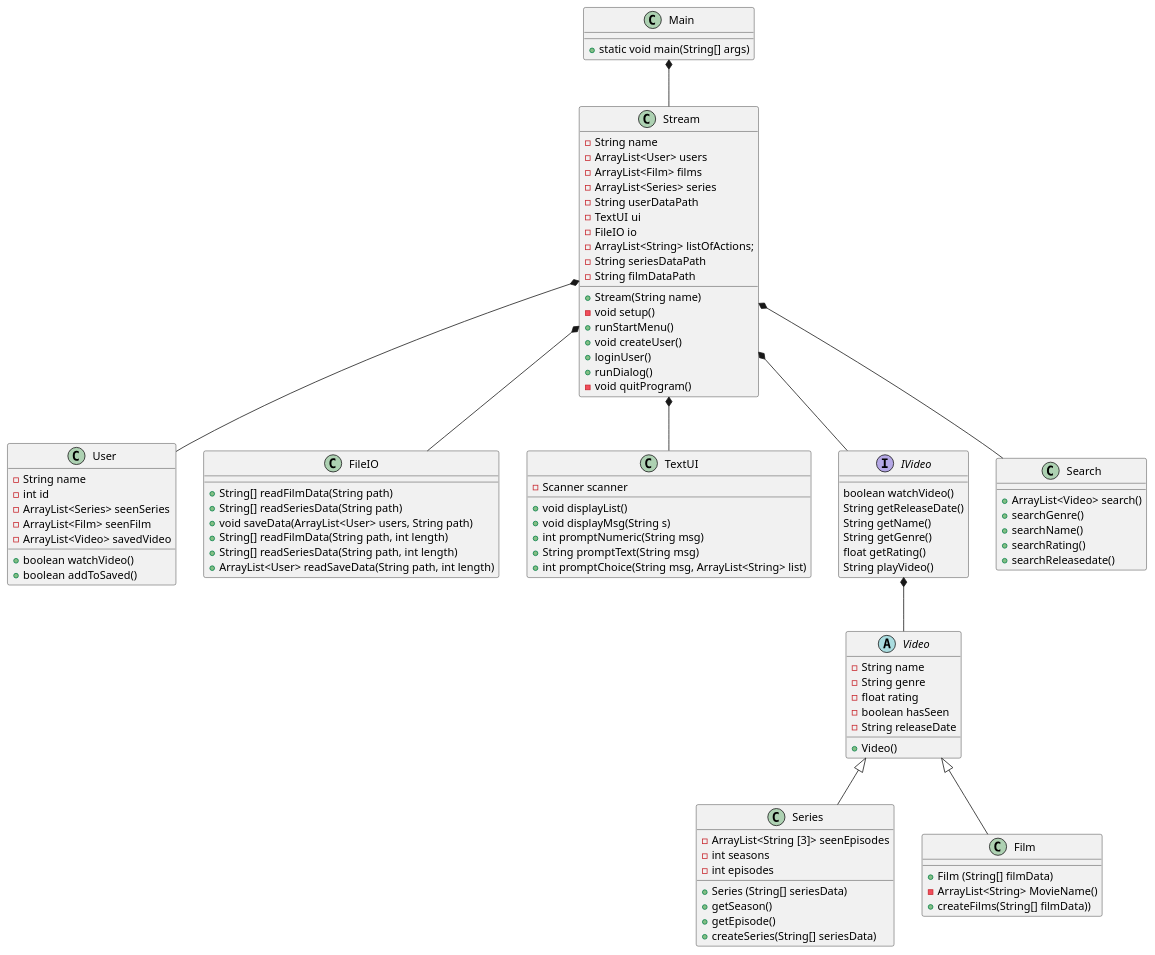
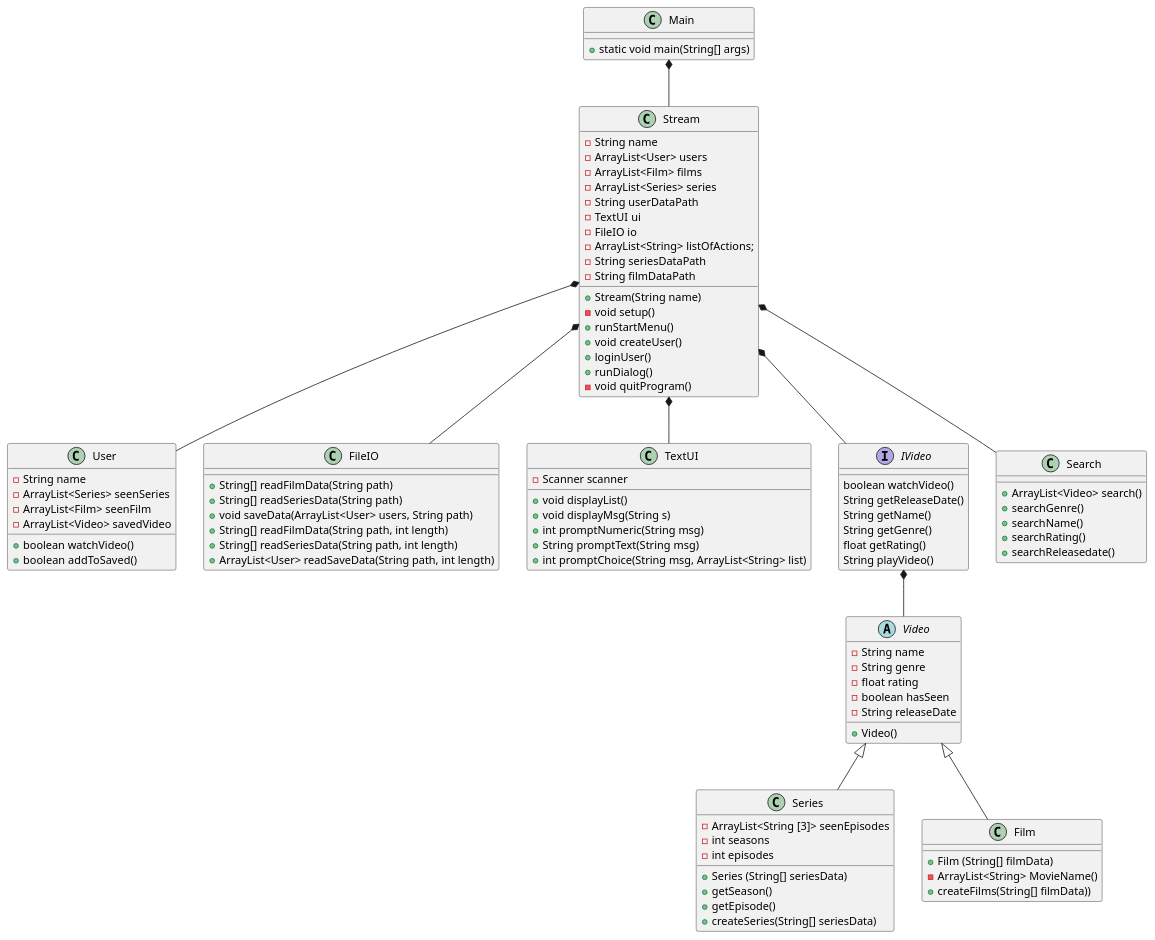
The diagram in doc/Plan/static/classdiagram.puml (Gervig/SP3-Gruppe-C), drawn with PlantUML before and after one commit. The commit also changed 6 other files, not shown here.

```diff
--- a/doc/Plan/static/classdiagram.puml
+++ b/doc/Plan/static/classdiagram.puml
@@ -1,127 +1,126 @@
 @startuml
 'https://plantuml.com/class-diagram
 
 class Main{
 + static void main(String[] args)
 }
 
 class Stream{
 - String name
 'utilities
 - ArrayList<User> users
 - ArrayList<Film> films
 - ArrayList<Series> series
 - String userDataPath
 - TextUI ui
 - FileIO io
 - ArrayList<String> listOfActions;
 - String seriesDataPath
 - String filmDataPath
 'constructor
 + Stream(String name)
 'methods
 - void setup()
 ' setup er til er at læse data
 + runStartMenu()
 + void createUser()
 ' skal createUser være void? Det er den i matador
 ' createUser skal vel checke om der er andre med det brugernavn
 + loginUser()
 ' skal loginUser være void?
 ' den skal vel checke om der er en user med det username og tjekke om loginnet er korrekt
 + runDialog()
 ' i runDialog kan man vælge at søge
 - void quitProgram()
 }
 
 
 class User{
 - String name
-- int id
 - ArrayList<Series> seenSeries
 - ArrayList<Film> seenFilm
 - ArrayList<Video> savedVideo
 + boolean watchVideo()
 + boolean addToSaved()
 }
 
 class FileIO{
 + String[] readFilmData(String path)
 + String[] readSeriesData(String path)
 + void saveData(ArrayList<User> users, String path)
 + String[] readFilmData(String path, int length)
 + String[] readSeriesData(String path, int length)
 + ArrayList<User> readSaveData(String path, int length)
 }
 
 class TextUI{
 - Scanner scanner
 + void displayList()
 + void displayMsg(String s)
 + int promptNumeric(String msg)
 + String promptText(String msg)
 + int promptChoice(String msg, ArrayList<String> list)
 }
 
 interface IVideo {
 boolean watchVideo()
 String getReleaseDate()
 String getName()
 String getGenre()
 float getRating()
 String playVideo()
 }
 
 abstract Class Video{
 - String name
 - String genre
 - float rating
 - boolean hasSeen
 - String releaseDate
 'constructor
 + Video()
 }
 
 class Series{
 - ArrayList<String [3]> seenEpisodes
 - int seasons
 - int episodes
 + Series (String[] seriesData)
 + getSeason()
 + getEpisode()
 + createSeries(String[] seriesData)
 }
 
 class Film {
 'constructor
 + Film (String[] filmData)
 - ArrayList<String> MovieName()
 + createFilms(String[] filmData))
 }
 
 
 class Search{
 + ArrayList<Video> search()
 'methods til de forskellige søgemuligheder
 ' Skal disse returnere objekterne fra video?
 + searchGenre()
 + searchName()
 + searchRating()
 + searchReleasedate()
 'skal vi have funktioner der kun søger blandt serier og film adskilt?
 }
 
 IVideo *-- Video
 
 Video <|-- Series
 Video <|-- Film
 
 Main *-- Stream
 
 Stream *-- User
 Stream *-- FileIO
 Stream *-- TextUI
 Stream *-- IVideo
 Stream *-- Search
 
 @enduml
```
